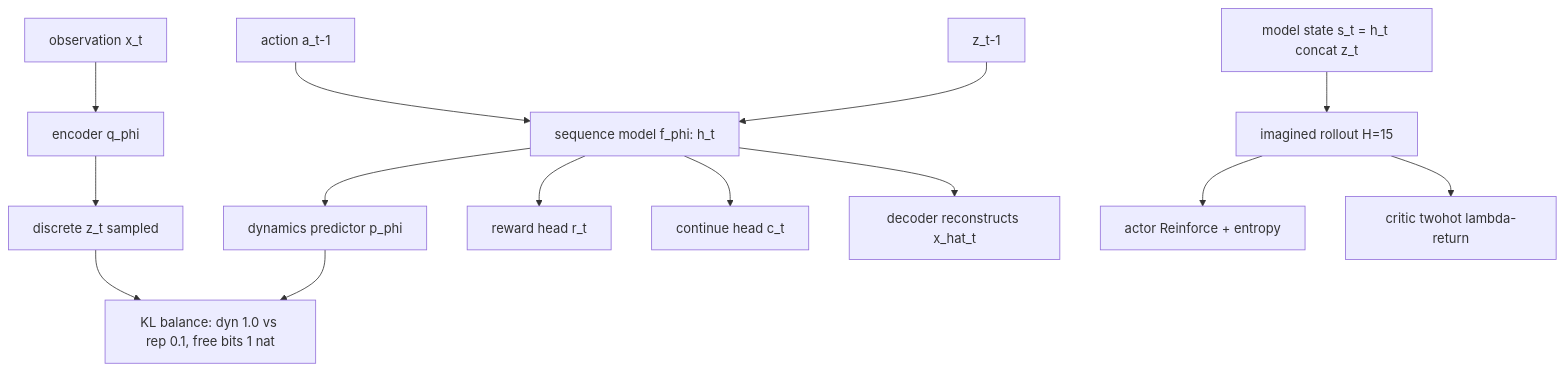
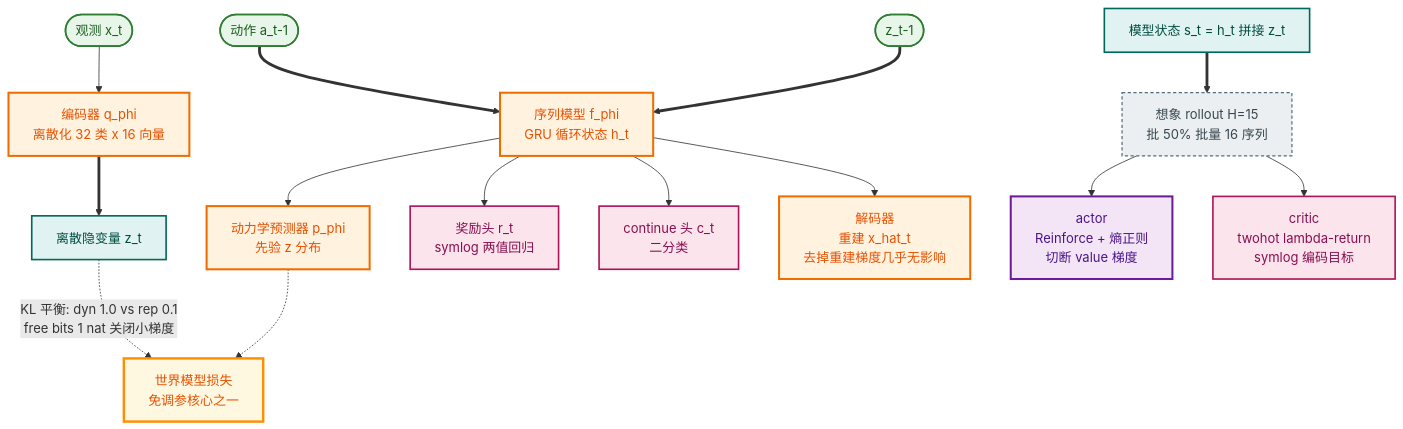
Before and after one commit to luohu-arch/physical_intelligence_study: the diagram in notes/world-model/dreamer-v3.md, drawn with Mermaid. The commit also changed 153 other files, not shown here.

````diff
--- a/notes/world-model/dreamer-v3.md
+++ b/notes/world-model/dreamer-v3.md
@@ -73,16 +73,42 @@
 ```mermaid
+%%{init: {
+  'theme':'base',
+  'themeVariables':{
+    'primaryColor':'#fafbfd','primaryBorderColor':'#4a5d7d','primaryTextColor':'#1f2937',
+    'fontFamily':'"PingFang SC","Hiragino Sans GB","Microsoft YaHei",sans-serif',
+    'fontSize':'14px','clusterBkg':'#fbfcfe','clusterBorder':'#b9c6d8','edgeLabelBackground':'#ffffff'
+  },
+  'flowchart':{'curve':'basis','nodeSpacing':26,'rankSpacing':42,'padding':10}
+}}%%
 flowchart TB
-    X["observation x_t"] --> ENC["encoder q_phi"]
-    ENC --> Z["discrete z_t sampled"]
-    A["action a_t-1"] --> SM["sequence model f_phi: h_t"]
-    Z_prev["z_t-1"] --> SM
-    SM --> DP["dynamics predictor p_phi"]
-    SM --> RP["reward head r_t"]
-    SM --> CP["continue head c_t"]
-    SM --> DEC["decoder reconstructs x_hat_t"]
-    Z --> KLQ["KL balance: dyn 1.0 vs rep 0.1, free bits 1 nat"]
-    DP --> KLQ
-    S["model state s_t = h_t concat z_t"] --> AC["imagined rollout H=15"]
-    AC --> ACT["actor Reinforce + entropy"]
-    AC --> CRIT["critic twohot lambda-return"]
+    X(["观测 x_t"]) --> ENC["编码器 q_phi<br/>离散化 32 类 x 16 向量"]
+    ENC ==> Z["离散隐变量 z_t"]
+    A(["动作 a_t-1"]) ==> SM["序列模型 f_phi<br/>GRU 循环状态 h_t"]
+    ZP(["z_t-1"]) ==> SM
+    SM --> DP["动力学预测器 p_phi<br/>先验 z 分布"]
+    SM --> RP["奖励头 r_t<br/>symlog 两值回归"]
+    SM --> CP["continue 头 c_t<br/>二分类"]
+    SM --> DEC["解码器<br/>重建 x_hat_t<br/>去掉重建梯度几乎无影响"]
+    Z -.->|"KL 平衡: dyn 1.0 vs rep 0.1<br/>free bits 1 nat 关闭小梯度"| KLQ["世界模型损失<br/>免调参核心之一"]
+    DP -.-> KLQ
+    S["模型状态 s_t = h_t 拼接 z_t"] ==> AC["想象 rollout H=15<br/>批 50% 批量 16 序列"]
+    AC --> ACT["actor<br/>Reinforce + 熵正则<br/>切断 value 梯度"]
+    AC --> CRIT["critic<br/>twohot lambda-return<br/>symlog 编码目标"]
+
+    class X,A,ZP data
+    class ENC,SM,DP,DEC,ACT train
+    class Z,S env
+    class KLQ key
+    class AC loop
+    class RP,CP,CRIT reward
+    class ACT act
+    classDef data fill:#e8f5e9,stroke:#2e7d32,stroke-width:2px,color:#1b5e20
+    classDef frozen fill:#e3f2fd,stroke:#1565c0,stroke-width:2px,color:#0d47a1
+    classDef train fill:#fff3e0,stroke:#ef6c00,stroke-width:2.5px,color:#e65100
+    classDef loss fill:#ffebee,stroke:#c62828,stroke-width:2px,color:#b71c1c,stroke-dasharray:6 3
+    classDef act fill:#f3e5f5,stroke:#6a1b9a,stroke-width:2.5px,color:#4a148c
+    classDef key fill:#fff8e1,stroke:#ff8f00,stroke-width:3px,color:#e65100
+    classDef loop fill:#eceff1,stroke:#546e7a,stroke-width:1.5px,color:#37474f,stroke-dasharray:4 3
+    classDef env fill:#e0f2f1,stroke:#00695c,stroke-width:2px,color:#004d40
+    classDef reward fill:#fce4ec,stroke:#ad1457,stroke-width:2px,color:#880e4f
 ```
````
